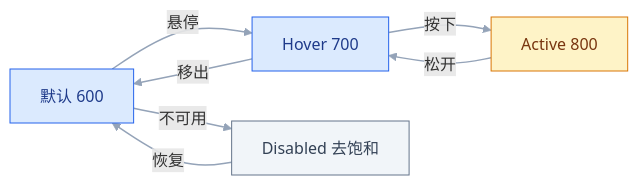
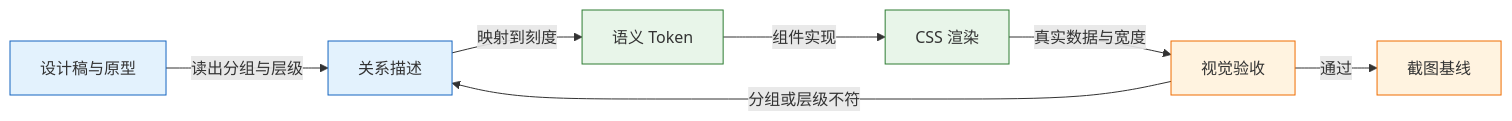
The first of 3 diagrams in blog/src/notes/02-UI/01-设计基础/01-视觉基础.md (jimbosuper/studynotes), drawn with Mermaid before and after one commit. The commit also changed other lines of this file and 367 other files, not shown here.

````diff
--- a/blog/src/notes/02-UI/01-设计基础/01-视觉基础.md
+++ b/blog/src/notes/02-UI/01-设计基础/01-视觉基础.md
@@ -282,14 +24,15 @@
 ```mermaid
 flowchart LR
-    classDef blue fill:#DBEAFE,stroke:#2563EB,color:#1E3A8A
-    classDef amber fill:#FEF3C7,stroke:#D97706,color:#78350F
-    classDef slate fill:#F1F5F9,stroke:#64748B,color:#334155
-
-    A["默认 600"]:::blue -->|悬停| B["Hover 700"]:::blue
-    B -->|按下| C["Active 800"]:::amber
-    C -->|松开| B
-    B -->|移出| A
-    A -->|不可用| D["Disabled 去饱和"]:::slate
-    D -->|恢复| A
-    linkStyle default stroke:#94A3B8,stroke-width:1.5px
+    A["设计稿与原型"] -->|"读出分组与层级"| B["关系描述"]
+    B -->|"映射到刻度"| C["语义 Token"]
+    C -->|"组件实现"| D["CSS 渲染"]
+    D -->|"真实数据与宽度"| E["视觉验收"]
+    E -->|"分组或层级不符"| B
+    E -->|"通过"| F["截图基线"]
+    classDef client fill:#e3f2fd,stroke:#1565c0;
+    classDef engine fill:#e8f5e9,stroke:#2e7d32;
+    classDef image fill:#fff3e0,stroke:#ef6c00;
+    class A,B client
+    class C,D engine
+    class E,F image
 ```
````
